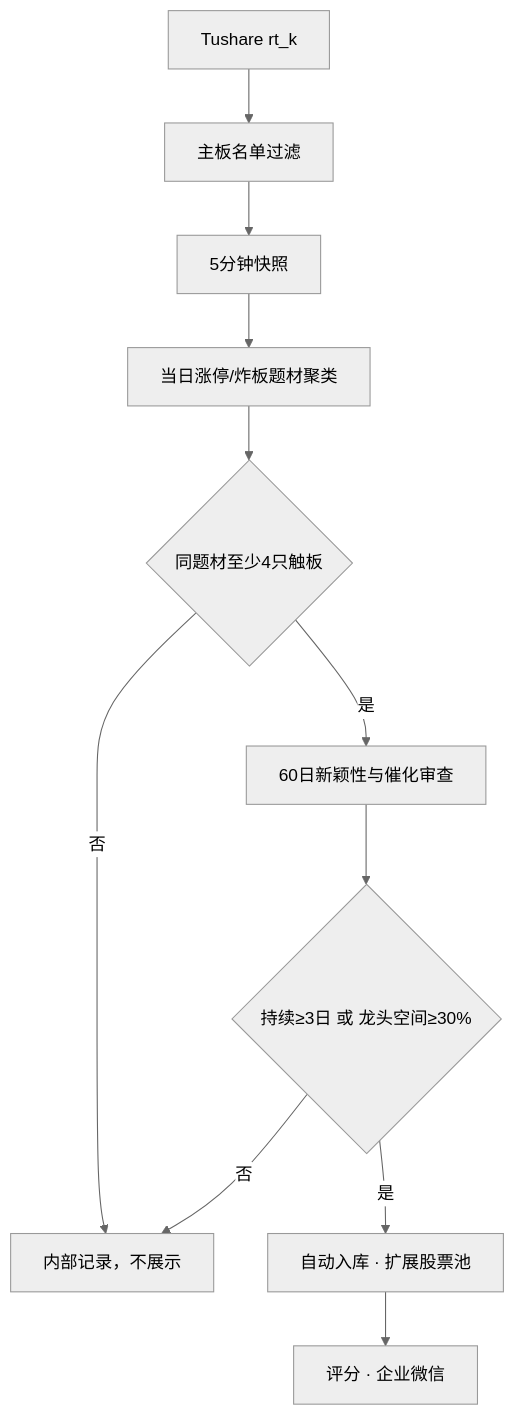
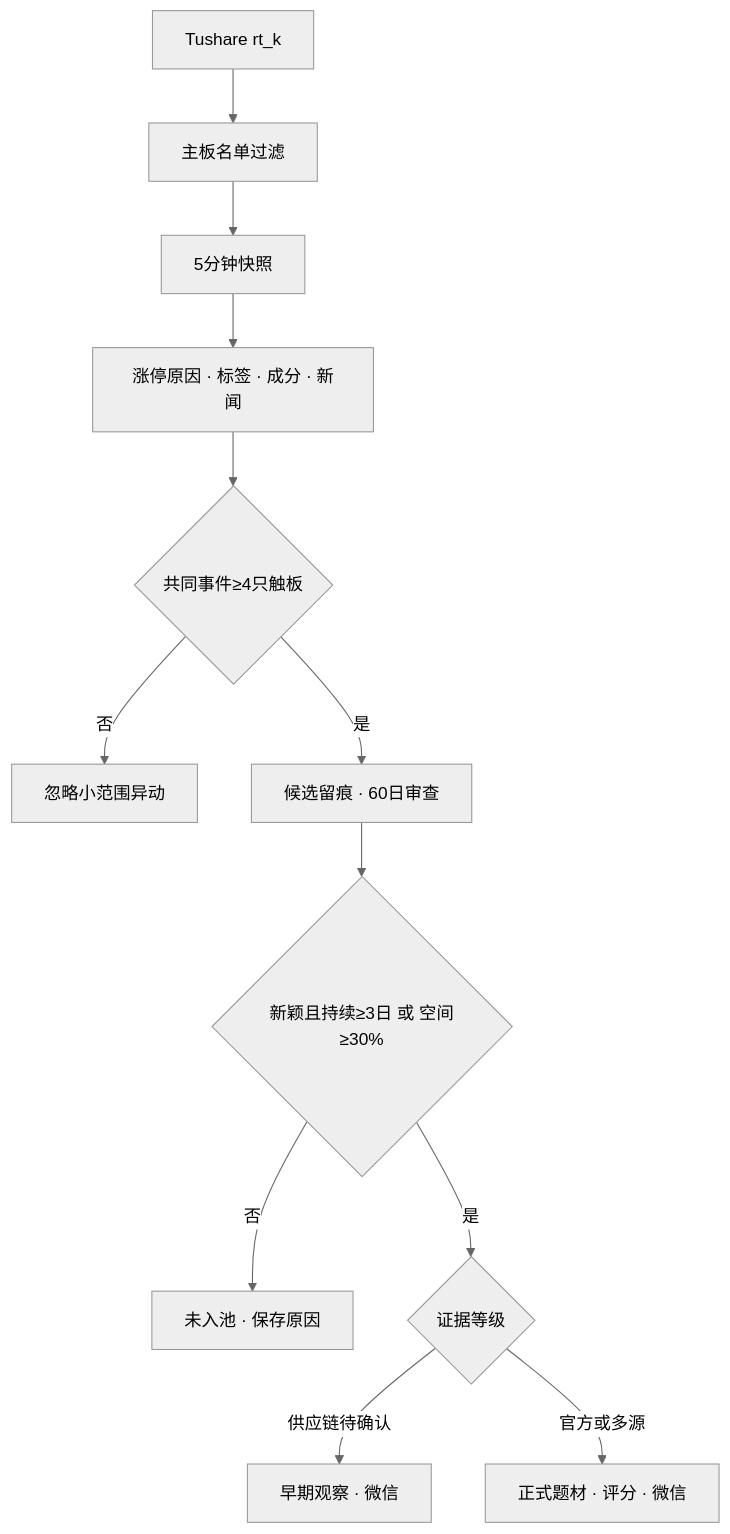
One commit to Chris958/stocktopic changed the diagram in README.md. Above: the diagram before and after it, drawn with Mermaid (neutral theme). The commit also changed other lines of this file and 25 other files, not shown here.

````diff
--- a/README.md
+++ b/README.md
@@ -28,13 +31,14 @@
 ```mermaid
 flowchart TD
     A["Tushare rt_k"] --> B["主板名单过滤"]
     B --> C["5分钟快照"]
-    C --> D["当日涨停/炸板题材聚类"]
-    D --> E{"同题材至少4只触板"}
-    E -->|否| F["内部记录，不展示"]
-    E -->|是| G["60日新颖性与催化审查"]
-    G --> H{"持续≥3日 或 龙头空间≥30%"}
-    H -->|否| F
-    H -->|是| I["自动入库 · 扩展股票池"]
-    I --> J["评分 · 企业微信"]
+    C --> D["涨停原因 · 标签 · 成分 · 新闻"]
+    D --> E{"共同事件≥4只触板"}
+    E -->|否| F["忽略小范围异动"]
+    E -->|是| G["候选留痕 · 60日审查"]
+    G --> H{"新颖且持续≥3日 或 空间≥30%"}
+    H -->|否| I["未入池 · 保存原因"]
+    H -->|是| J{"证据等级"}
+    J -->|供应链待确认| K["早期观察 · 微信"]
+    J -->|官方或多源| L["正式题材 · 评分 · 微信"]
 ```
````
